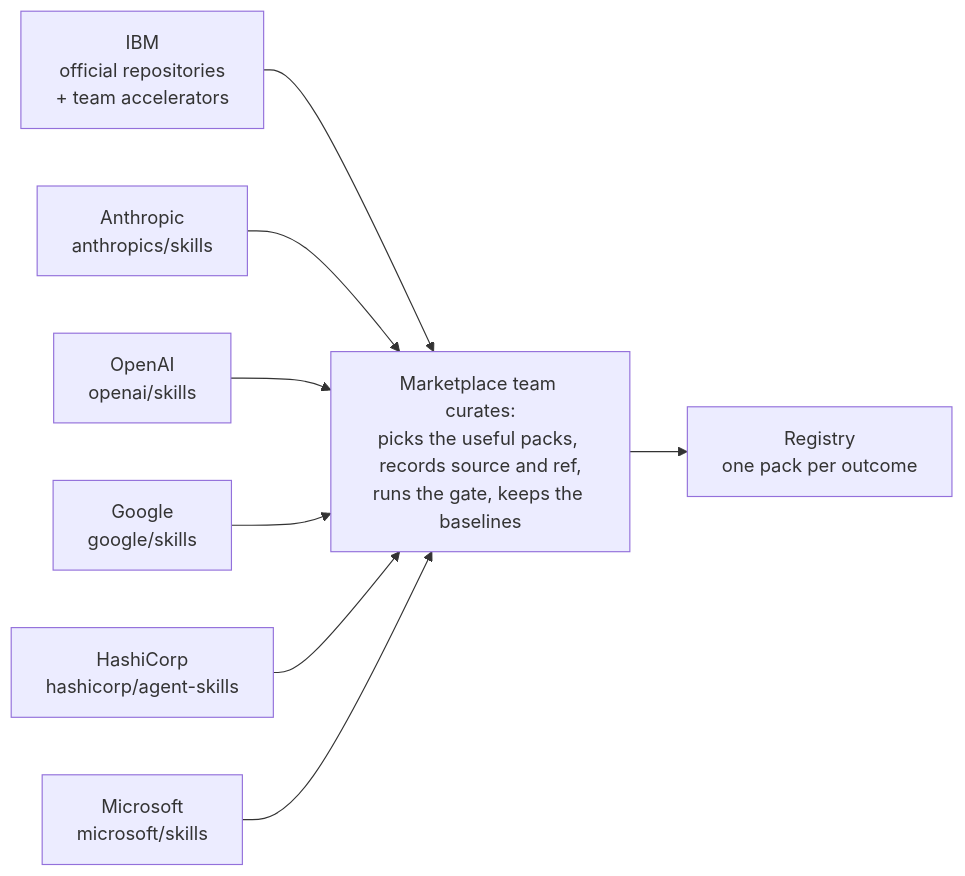
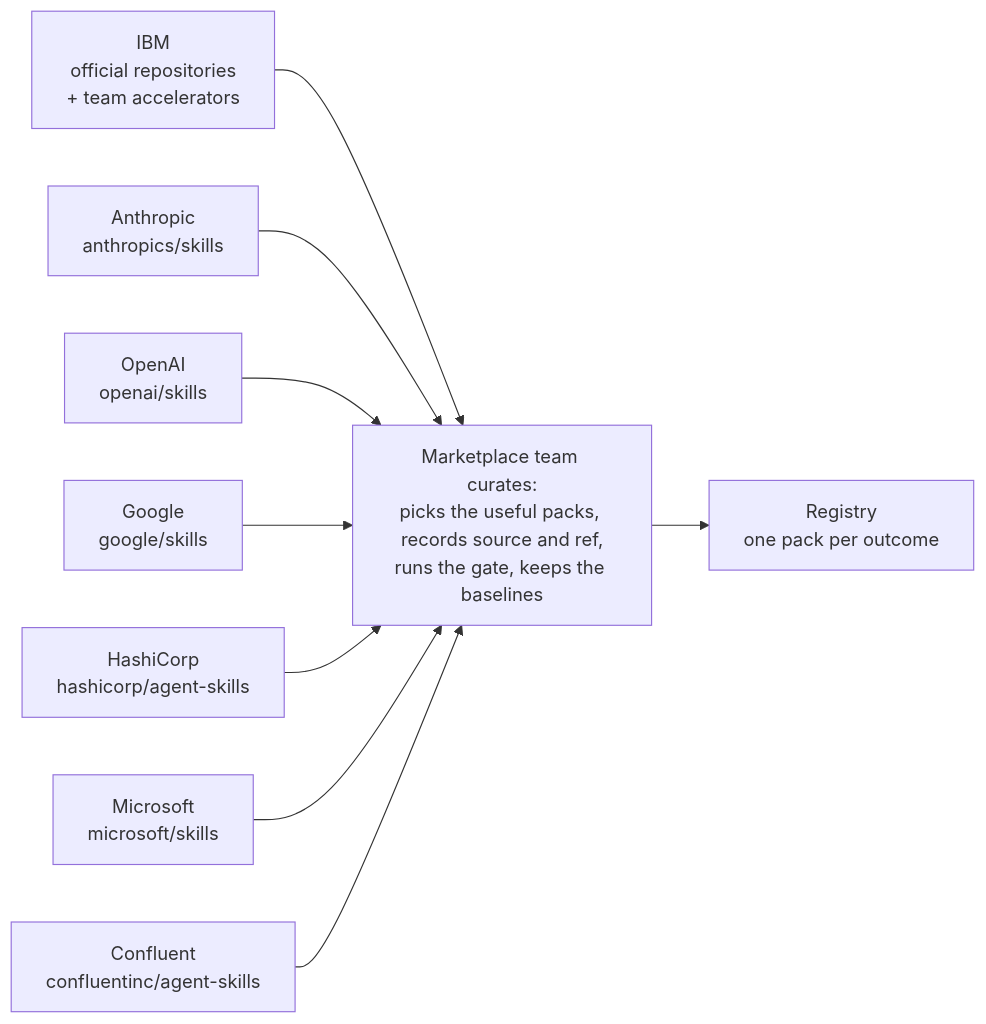
The third of 4 diagrams in README.md (AlexandraIourenkova/bob-skills-marketplace), drawn with Mermaid before and after one commit. The commit also changed other lines of this file and 185 other files, not shown here.

````diff
--- a/README.md
+++ b/README.md
@@ -64,10 +64,11 @@
 ```mermaid
 flowchart LR
     ibm["IBM<br/>official repositories<br/>+ team accelerators"] --> cur
     anth["Anthropic<br/>anthropics/skills"] --> cur
     oai["OpenAI<br/>openai/skills"] --> cur
     goog["Google<br/>google/skills"] --> cur
     hc["HashiCorp<br/>hashicorp/agent-skills"] --> cur
     ms["Microsoft<br/>microsoft/skills"] --> cur
+    conf["Confluent<br/>confluentinc/agent-skills"] --> cur
     cur["Marketplace team curates:<br/>picks the useful packs, records source and ref,<br/>runs the gate, keeps the baselines"] --> reg["Registry<br/>one pack per outcome"]
 ```
````
